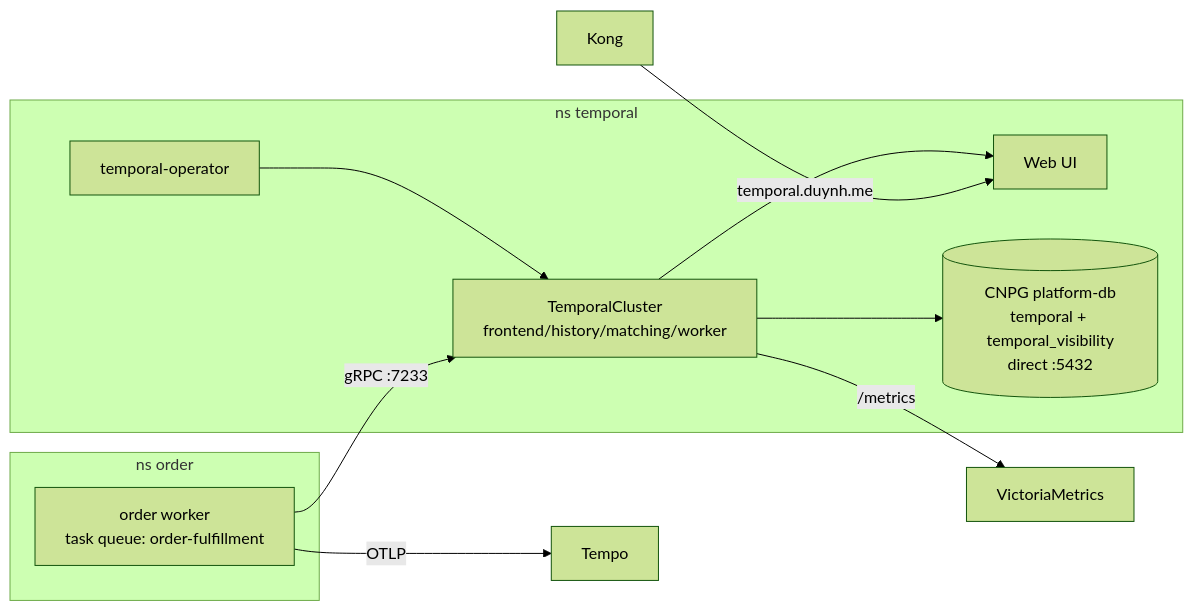
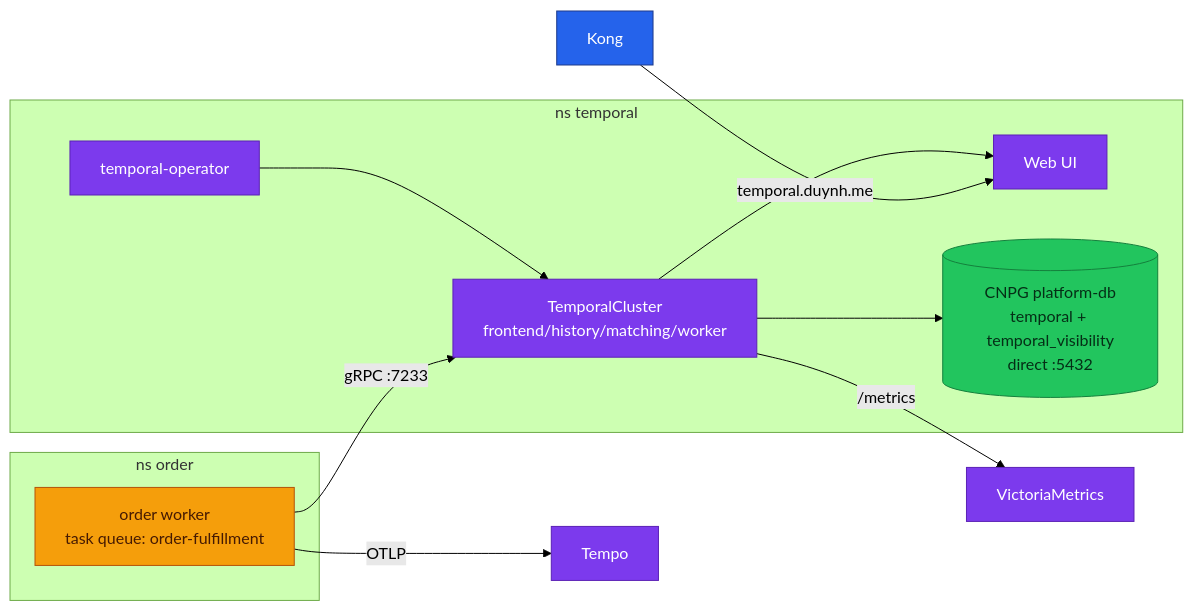
One commit to duynhlab/homelab changed diagram 14 of 14 in docs/api/temporal-order-fulfillment.md. Above: the diagram before and after it, drawn with Mermaid (forest theme). The commit also changed other lines of this file and 20 other files, not shown here.

````diff
--- a/docs/api/temporal-order-fulfillment.md
+++ b/docs/api/temporal-order-fulfillment.md
@@ -534,19 +578,28 @@
 ```mermaid
 flowchart LR
     subgraph ns_temporal[ns temporal]
         OP[temporal-operator]
         TC[TemporalCluster<br/>frontend/history/matching/worker]
         UI[Web UI]
         TDB[(CNPG platform-db<br/>temporal + temporal_visibility<br/>direct :5432)]
         OP --> TC
         TC --> TDB
         TC --> UI
     end
     subgraph ns_order[ns order]
         OW[order worker<br/>task queue: order-fulfillment]
     end
     OW -- gRPC :7233 --> TC
     Kong[Kong] -- temporal.duynh.me --> UI
     TC -- /metrics --> VM[VictoriaMetrics]
     OW -- OTLP --> Tempo
+
+    classDef edge fill:#2563eb,color:#fff,stroke:#1e3a8a;
+    classDef worker fill:#f59e0b,color:#451a03,stroke:#b45309;
+    classDef platform fill:#7c3aed,color:#fff,stroke:#5b21b6;
+    classDef data fill:#22c55e,color:#052e16,stroke:#15803d;
+    class Kong edge;
+    class OW worker;
+    class OP,TC,UI,VM,Tempo platform;
+    class TDB data;
 ```
````
